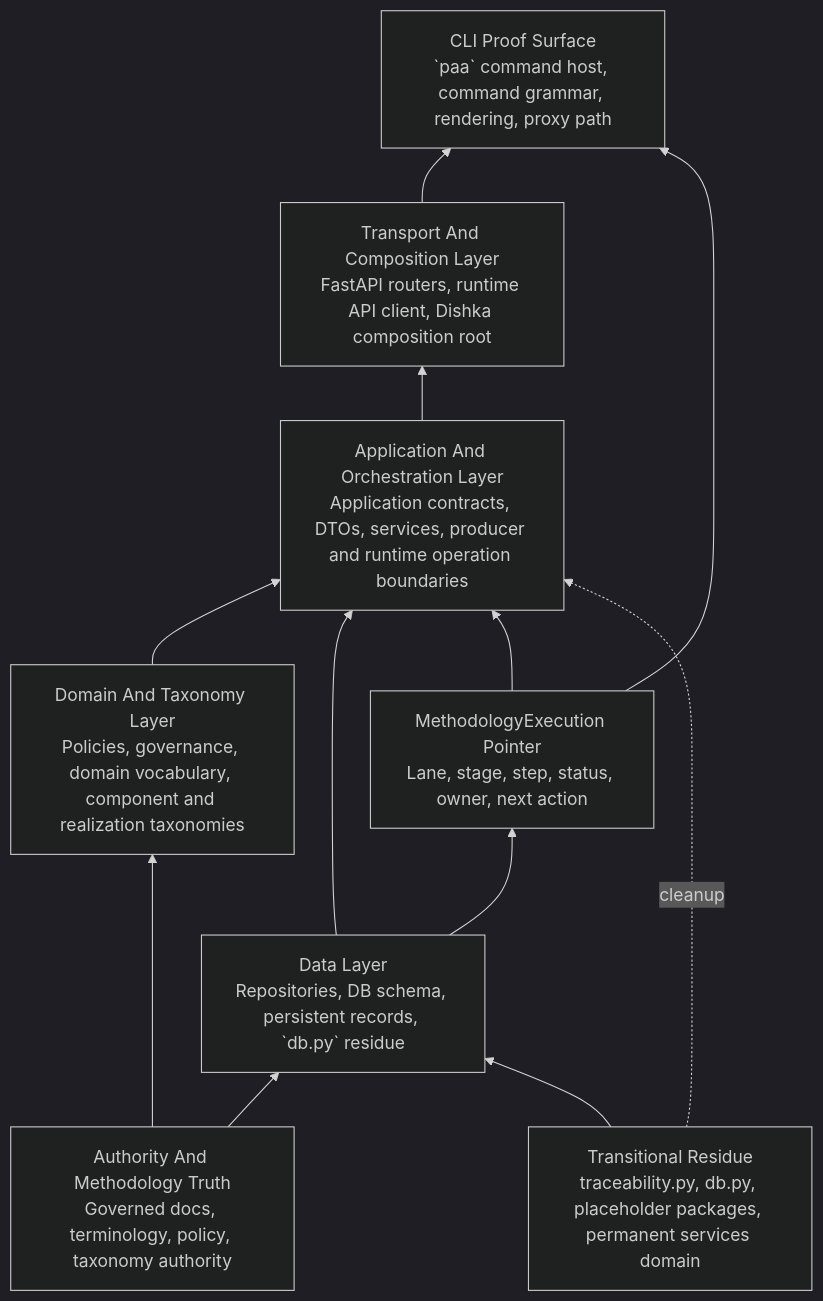
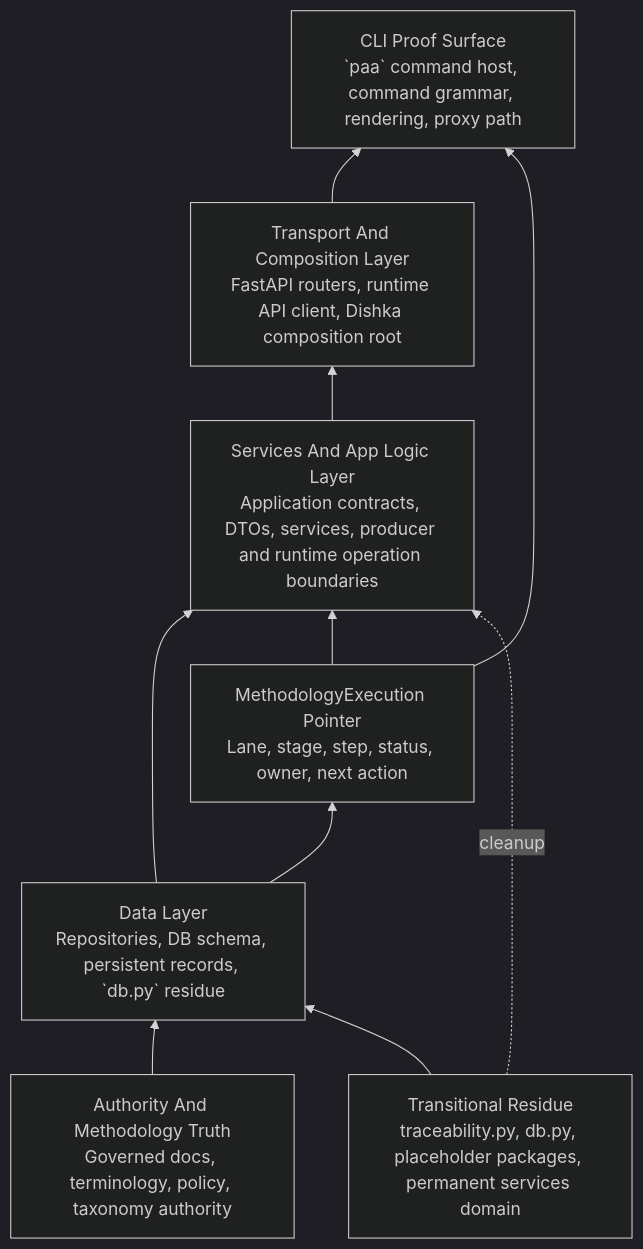
Before and after one commit to billyweisberg/paa-platform: the diagram in docs/2_Design/2026-06-04-paa-python-target-structure-diagram.md, drawn with Mermaid (dark theme). The commit also changed other lines of this file and 5 other files, not shown here.

````diff
--- a/docs/2_Design/2026-06-04-paa-python-target-structure-diagram.md
+++ b/docs/2_Design/2026-06-04-paa-python-target-structure-diagram.md
@@ -48,23 +47,20 @@
 ```mermaid
 flowchart BT
     AUTH["Authority And Methodology Truth\nGoverned docs, terminology, policy, taxonomy authority"]
     DATA["Data Layer\nRepositories, DB schema, persistent records, `db.py` residue"]
-    DOMAIN["Domain And Taxonomy Layer\nPolicies, governance, domain vocabulary, component and realization taxonomies"]
-    APP["Application And Orchestration Layer\nApplication contracts, DTOs, services, producer and runtime operation boundaries"]
+    APP["Services And App Logic Layer\nApplication contracts, DTOs, services, producer and runtime operation boundaries"]
     TRANSPORT["Transport And Composition Layer\nFastAPI routers, runtime API client, Dishka composition root"]
     CLI["CLI Proof Surface\n`paa` command host, command grammar, rendering, proxy path"]
     PTR["MethodologyExecution Pointer\nLane, stage, step, status, owner, next action"]
     TRANS["Transitional Residue\ntraceability.py, db.py, placeholder packages, permanent services domain"]
 
     AUTH --> DATA
-    AUTH --> DOMAIN
     DATA --> PTR
-    DOMAIN --> APP
     DATA --> APP
     PTR --> APP
     APP --> TRANSPORT
     TRANSPORT --> CLI
     PTR --> CLI
     TRANS --> DATA
     TRANS -.cleanup.-> APP
 ```
````
